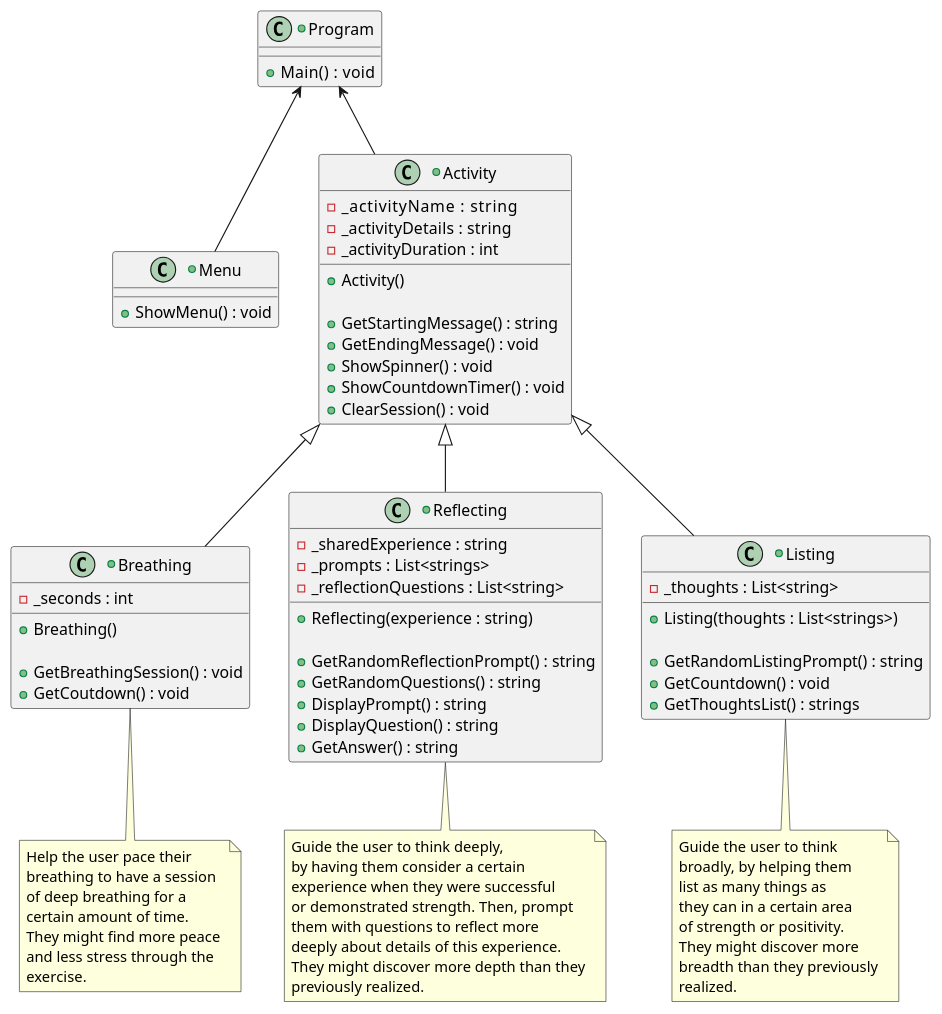
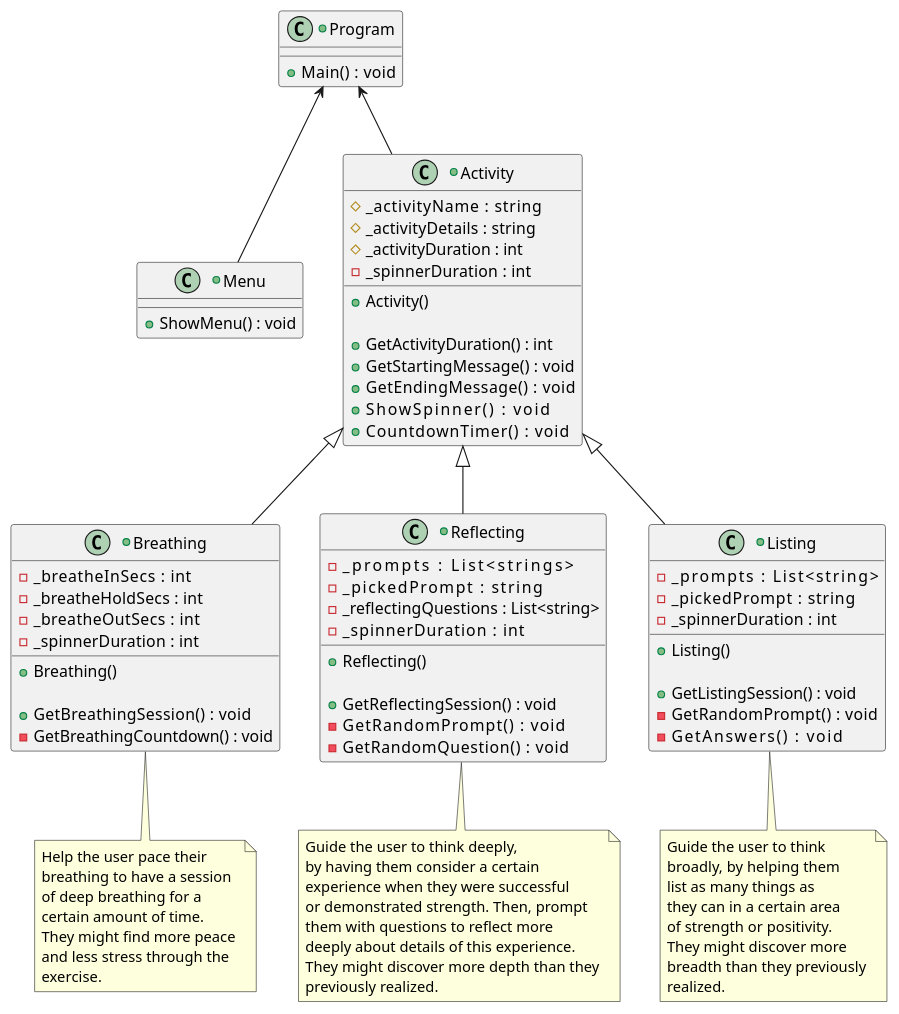
One commit to moiseshn/cse210 changed the diagram in prove/Develop04/Diagram.plantuml. Above: the diagram before and after it, drawn with PlantUML. The commit also changed 6 other files, not shown here.

```diff
--- a/prove/Develop04/Diagram.plantuml
+++ b/prove/Develop04/Diagram.plantuml
@@ -1,107 +1,108 @@
 @startuml Mindfulness
 
 +class Program {
   + Main()  : void
 }
 +class Menu {
   + ShowMenu() : void
 }
 +class Activity {
-  - _activityName     : string
-  - _activityDetails  : string
-  - _activityDuration : int
+' Attributes
+  # _activityName     : string
+  # _activityDetails  : string
+  # _activityDuration : int
+  - _spinnerDuration  : int
 
+' Constructors
   + Activity()
   
-  + GetStartingMessage() : string
-  + GetEndingMessage() : void
-  + ShowSpinner() : void
-  + ShowCountdownTimer() : void
-  + ClearSession() : void
+' Behaviors
+  + GetActivityDuration() : int
+  + GetStartingMessage()  : void
+  + GetEndingMessage()    : void
+  + ShowSpinner()         : void
+  + CountdownTimer()      : void
 }
 
 +class Breathing {
-' Attributes / Member variables
-  - _seconds : int
+' Attributes
+  - _breatheInSecs    : int
+  - _breatheHoldSecs  : int
+  - _breatheOutSecs   : int
+  - _spinnerDuration  : int
 
-' Constructors / Parameters
+' Constructors
   + Breathing()
-  ' {
-  '   _activityName = "Breathing";
-  '   _activityDetails = "This activity will elp you...";
-  '   _activityDuration = 40;
-  ' }
 
-' Behaviors / Methods / Functions
-  + GetBreathingSession() : void 
-  + GetCoutdown() : void
-  ' Breath In.... Breath out.....
-
+' Behaviors
+  + GetBreathingSession()   : void 
+  - GetBreathingCountdown() : void
 }
 note bottom of Breathing
   Help the user pace their 
   breathing to have a session 
   of deep breathing for a 
   certain amount of time. 
   They might find more peace 
   and less stress through the 
   exercise.
 end note
 
 +class Reflecting {
 ' Attributes
-  - _sharedExperience : string
-  - _prompts : List<strings>
-  - _reflectionQuestions : List<string>
+  - _prompts              : List<strings>
+  - _pickedPrompt         : string
+  - _reflectingQuestions  : List<string>
+  - _spinnerDuration      : int
 
 ' Constructors
-  + Reflecting(experience : string)
+  + Reflecting()
 
 ' Behaviors
-  + GetRandomReflectionPrompt() : string
-  + GetRandomQuestions() : string
-  + DisplayPrompt() : string
-  + DisplayQuestion() : string
-  + GetAnswer() : string
+  + GetReflectingSession()  : void
+  - GetRandomPrompt()       : void
+  - GetRandomQuestion()     : void
 }
 note bottom of Reflecting
   Guide the user to think deeply, 
   by having them consider a certain 
   experience when they were successful 
   or demonstrated strength. Then, prompt 
   them with questions to reflect more 
   deeply about details of this experience. 
   They might discover more depth than they 
   previously realized.
 end note
 
 +class Listing {
 ' Attributes
-  - _thoughts : List<string>
+  - _prompts          : List<string>
+  - _pickedPrompt     : string
+  - _spinnerDuration  : int
 
 ' Constructors
-  + Listing(thoughts : List<strings>)
+  + Listing()
 
 ' Behaviors
-  + GetRandomListingPrompt() : string
-  + GetCountdown() : void
-  + GetThoughtsList() : strings
+  + GetListingSession() : void
+  - GetRandomPrompt()   : void
+  - GetAnswers()        : void
 }
 note bottom of Listing
   Guide the user to think 
   broadly, by helping them 
   list as many things as 
   they can in a certain area 
   of strength or positivity. 
   They might discover more 
   breadth than they previously 
   realized.
 end note
 
+Program <-- Menu
 Program <-- Activity
-Program <-- Menu
 Activity <|-- Breathing
 Activity <|-- Reflecting
 Activity <|-- Listing
 
 @enduml
```
